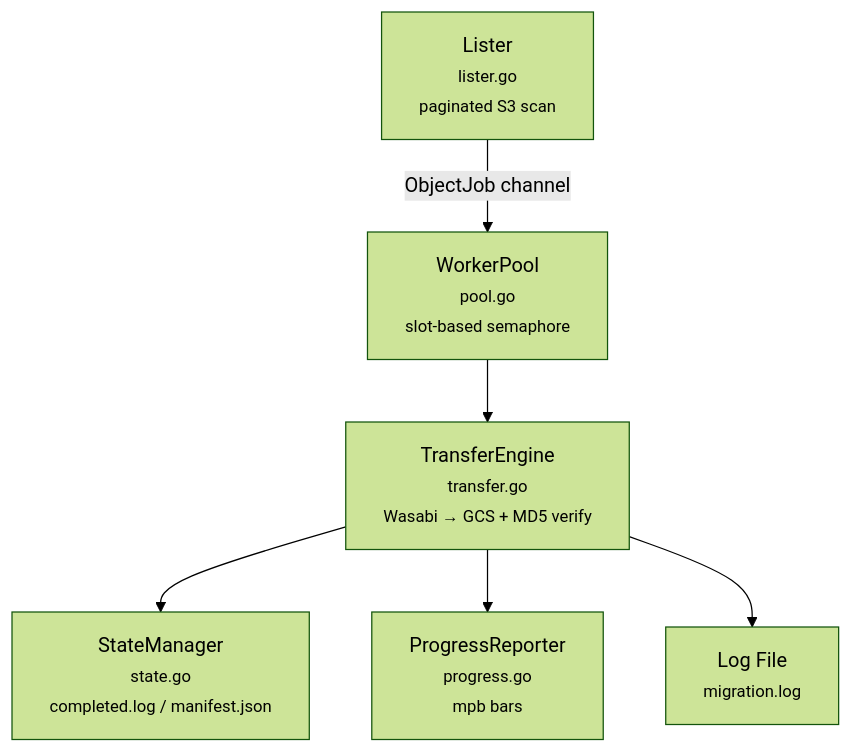
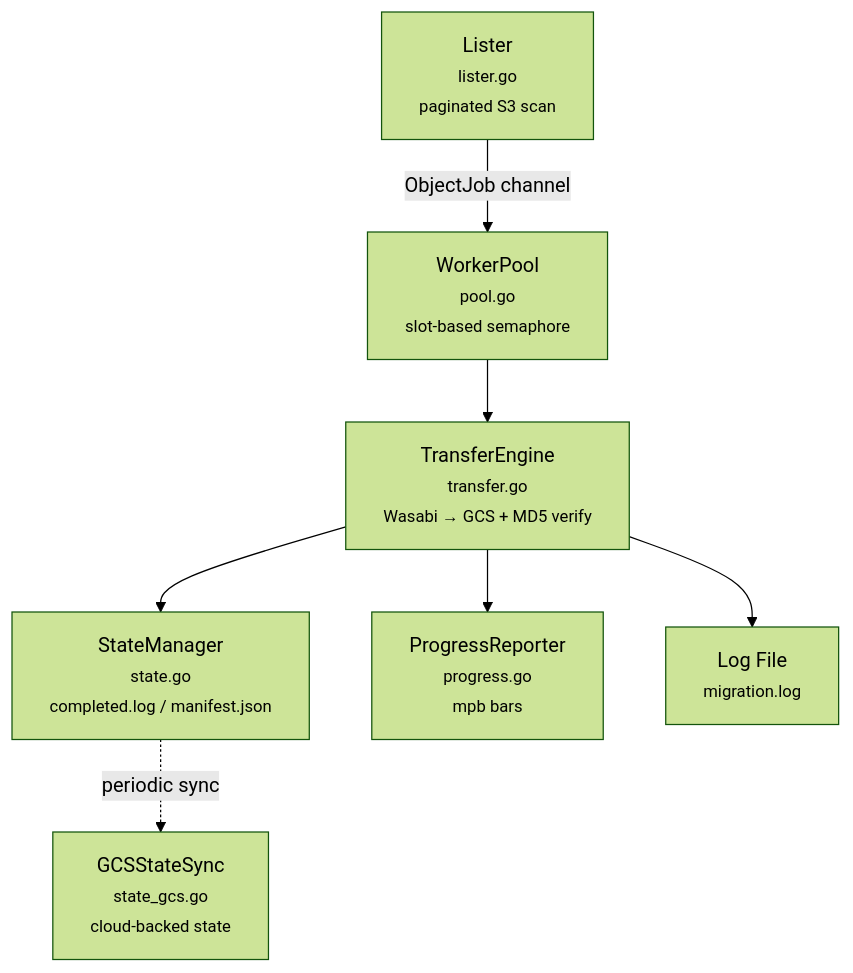
Before and after one commit to bsaffel/wasabi-to-gcs: the diagram in README.md, drawn with Mermaid (forest theme). The commit also changed other lines of this file, not shown here.

First line of the commit message:
Update README with --state-gcs flag, worker range fix, and architecture additions

````diff
--- a/README.md
+++ b/README.md
@@ -191,15 +193,17 @@
 ```mermaid
 graph TD
     L["Lister<br/><small>lister.go</small><br/><small>paginated S3 scan</small>"]
     WP["WorkerPool<br/><small>pool.go</small><br/><small>slot-based semaphore</small>"]
     TE["TransferEngine<br/><small>transfer.go</small><br/><small>Wasabi → GCS + MD5 verify</small>"]
     SM["StateManager<br/><small>state.go</small><br/><small>completed.log / manifest.json</small>"]
+    GS["GCSStateSync<br/><small>state_gcs.go</small><br/><small>cloud-backed state</small>"]
     PR["ProgressReporter<br/><small>progress.go</small><br/><small>mpb bars</small>"]
     LF["Log File<br/><small>migration.log</small>"]
 
     L -- "ObjectJob channel" --> WP
     WP --> TE
     TE --> SM
+    SM -. "periodic sync" .-> GS
     TE --> PR
     TE --> LF
 ```
````
